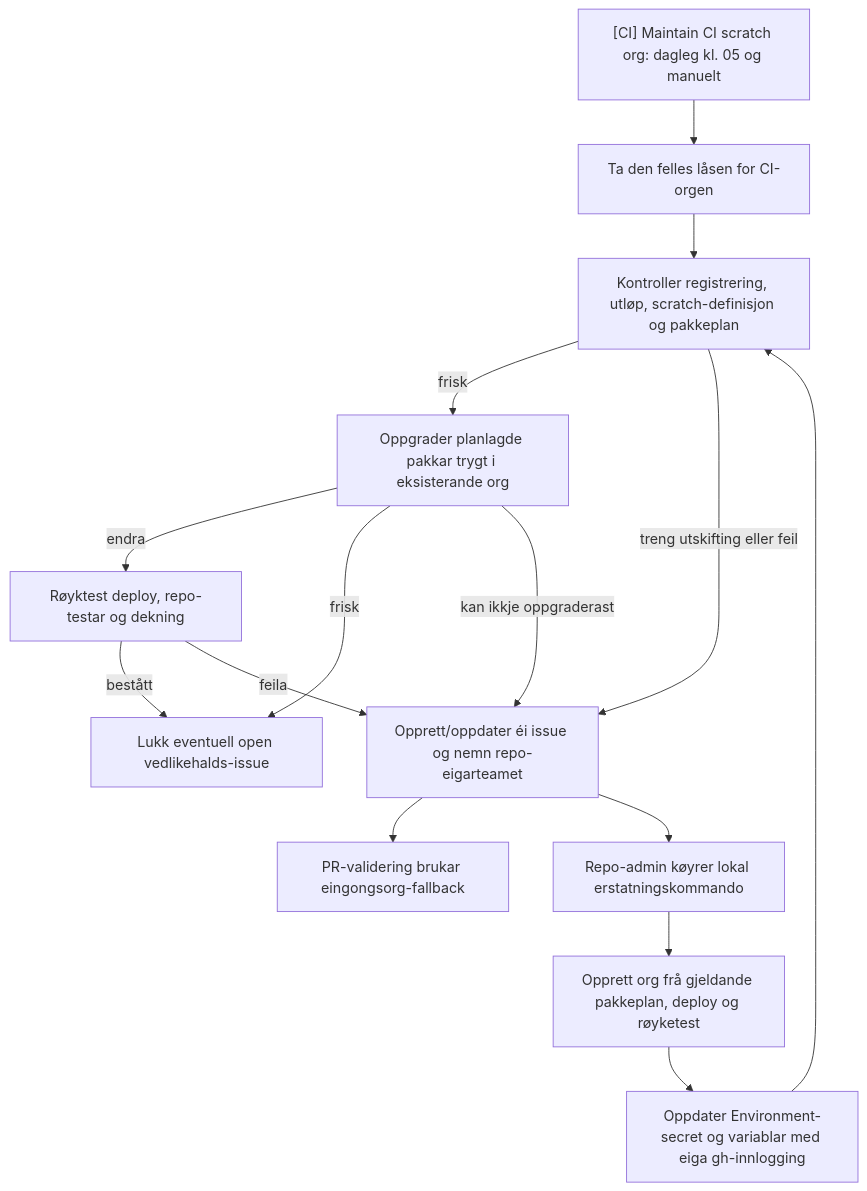
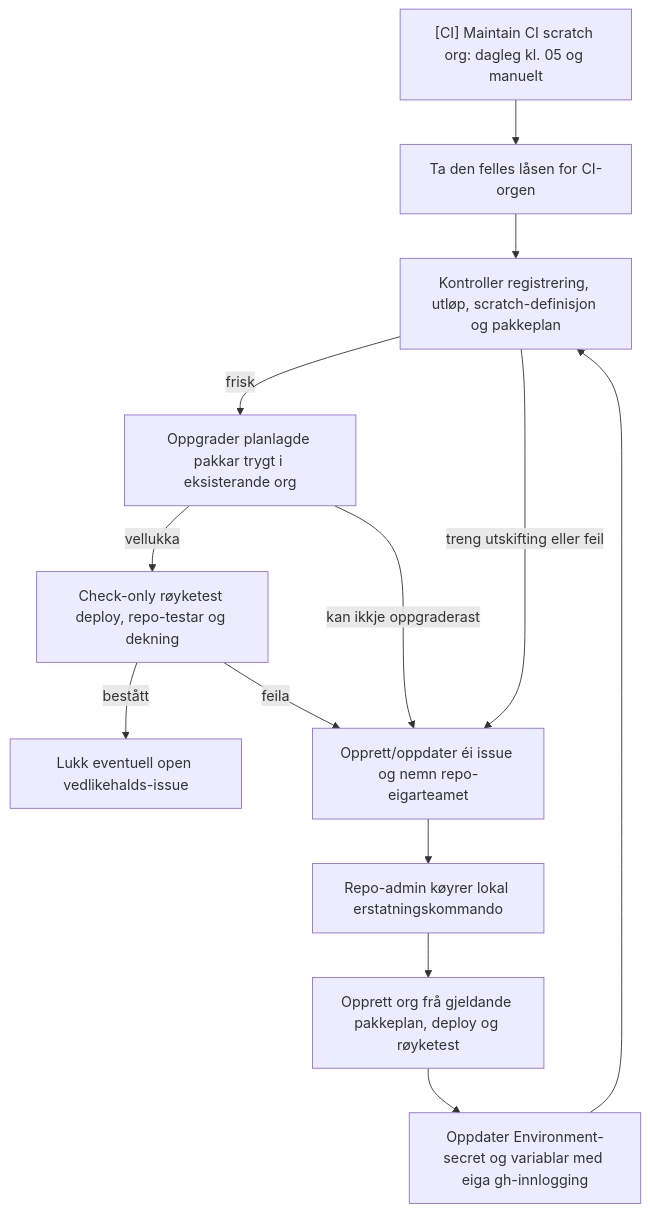
The fourth of 4 diagrams in .github/specs/reusable-scratch-org-pr-validation.md (navikt/crm-arbeidsforhold), drawn with Mermaid before and after one commit. The commit also changed other lines of this file and 7 other files, not shown here.

````diff
--- a/.github/specs/reusable-scratch-org-pr-validation.md
+++ b/.github/specs/reusable-scratch-org-pr-validation.md
@@ -132,17 +132,15 @@
 ```mermaid
 flowchart TD
     start["[CI] Maintain CI scratch org: dagleg kl. 05 og manuelt"] --> lock["Ta den felles låsen for CI-orgen"]
     lock --> inspect["Kontroller registrering, utløp, scratch-definisjon og pakkeplan"]
     inspect -->|frisk| upgrade["Oppgrader planlagde pakkar trygt i eksisterande org"]
-    upgrade -->|endra| smoke["Røyktest deploy, repo-testar og dekning"]
-    upgrade -->|frisk| close["Lukk eventuell open vedlikehalds-issue"]
-    smoke -->|bestått| close
+    upgrade -->|vellukka| smoke["Check-only røyketest deploy, repo-testar og dekning"]
+    smoke -->|bestått| close["Lukk eventuell open vedlikehalds-issue"]
     inspect -->|treng utskifting eller feil| issue["Opprett/oppdater éi issue og nemn repo-eigarteamet"]
     upgrade -->|kan ikkje oppgraderast| issue
     smoke -->|feila| issue
-    issue --> fallback["PR-validering brukar eingongsorg-fallback"]
     issue --> owner["Repo-admin køyrer lokal erstatningskommando"]
     owner --> create["Opprett org frå gjeldande pakkeplan, deploy og røyketest"]
     create --> register["Oppdater Environment-secret og variablar med eiga gh-innlogging"]
     register --> inspect
 ```
````
